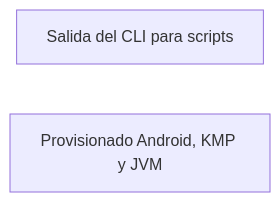
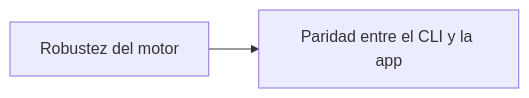
The diagram in docs/roadmap.es.md (LuxionServer/ShogunAi), drawn with Mermaid before and after one commit. The commit also changed other lines of this file and 46 other files, not shown here.

````diff
--- a/docs/roadmap.es.md
+++ b/docs/roadmap.es.md
@@ -19,5 +19,4 @@
 ```mermaid
 graph LR
-    B["Salida del CLI para scripts"]
-    D["Provisionado Android, KMP y JVM"]
+    R["Robustez del motor"] --> P["Paridad entre el CLI y la app"]
 ```
````
